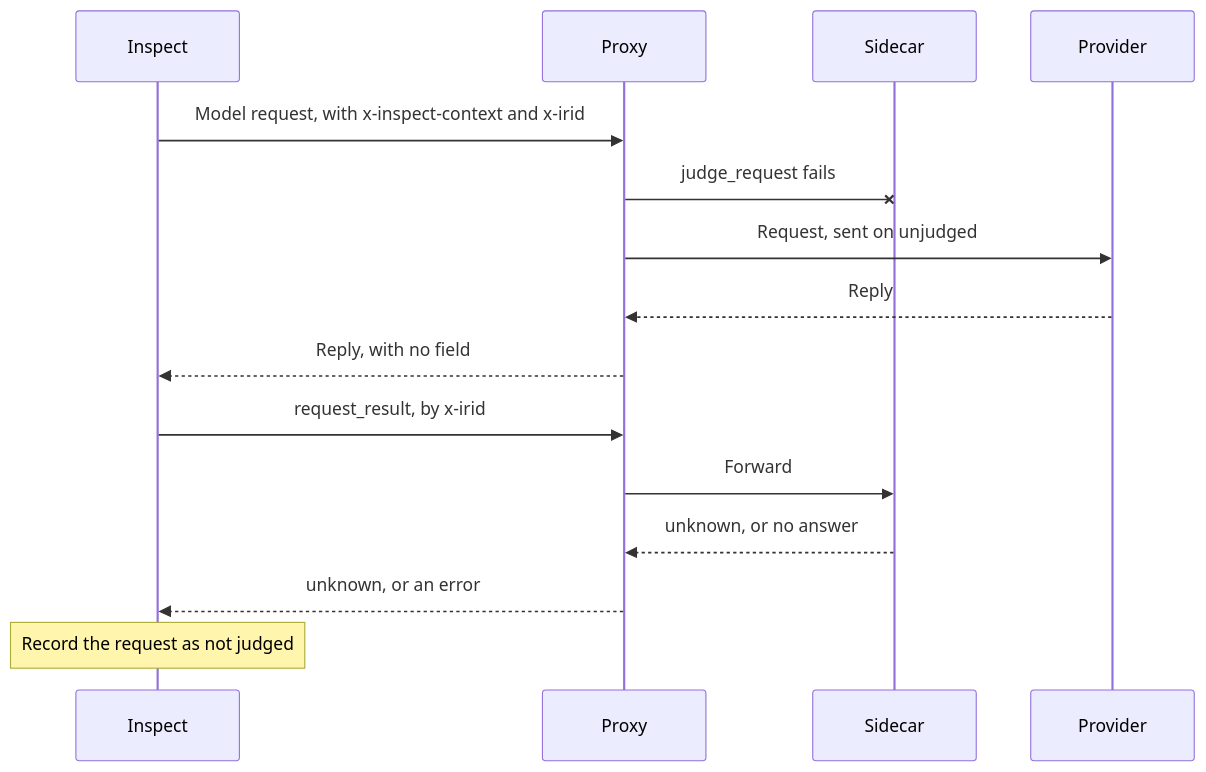
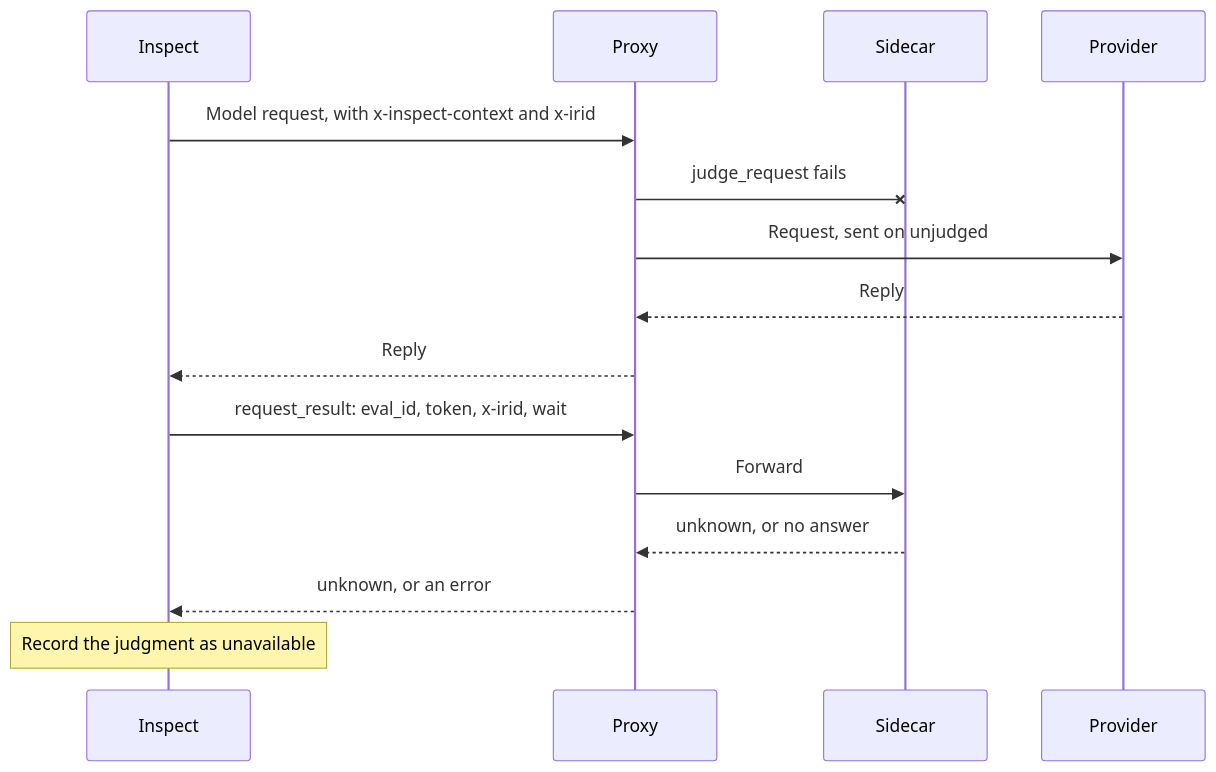
One commit to meridianlabs-ai/inspect_sentinel changed the eighth of 9 diagrams in design/sidecar.md. Above: the diagram before and after it, drawn with Mermaid. The commit also changed other lines of this file and 4 other files, not shown here.

````diff
--- a/design/sidecar.md
+++ b/design/sidecar.md
@@ -912,17 +1028,17 @@
 ```mermaid
 sequenceDiagram
     participant I as Inspect
     participant P as Proxy
     participant S as Sidecar
     participant M as Provider
     I->>P: Model request, with x-inspect-context and x-irid
     P-xS: judge_request fails
     P->>M: Request, sent on unjudged
     M-->>P: Reply
-    P-->>I: Reply, with no field
-    I->>P: request_result, by x-irid
+    P-->>I: Reply
+    I->>P: request_result: eval_id, token, x-irid, wait
     P->>S: Forward
     S-->>P: unknown, or no answer
     P-->>I: unknown, or an error
-    Note over I: Record the request as not judged
+    Note over I: Record the judgment as unavailable
 ```
````
